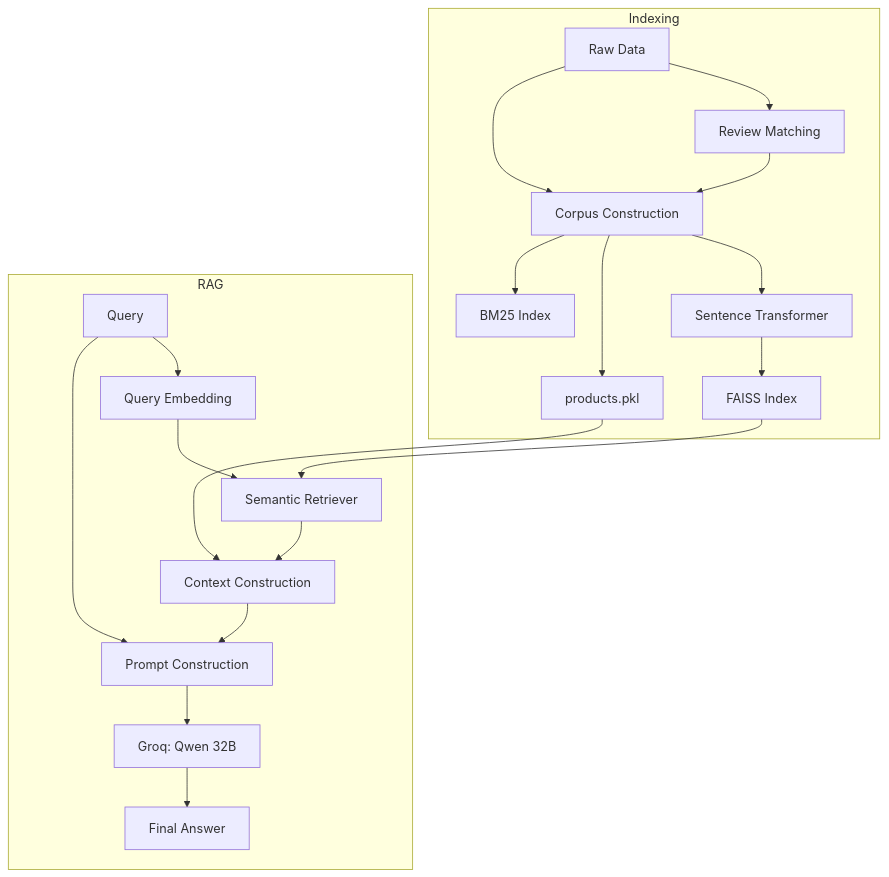
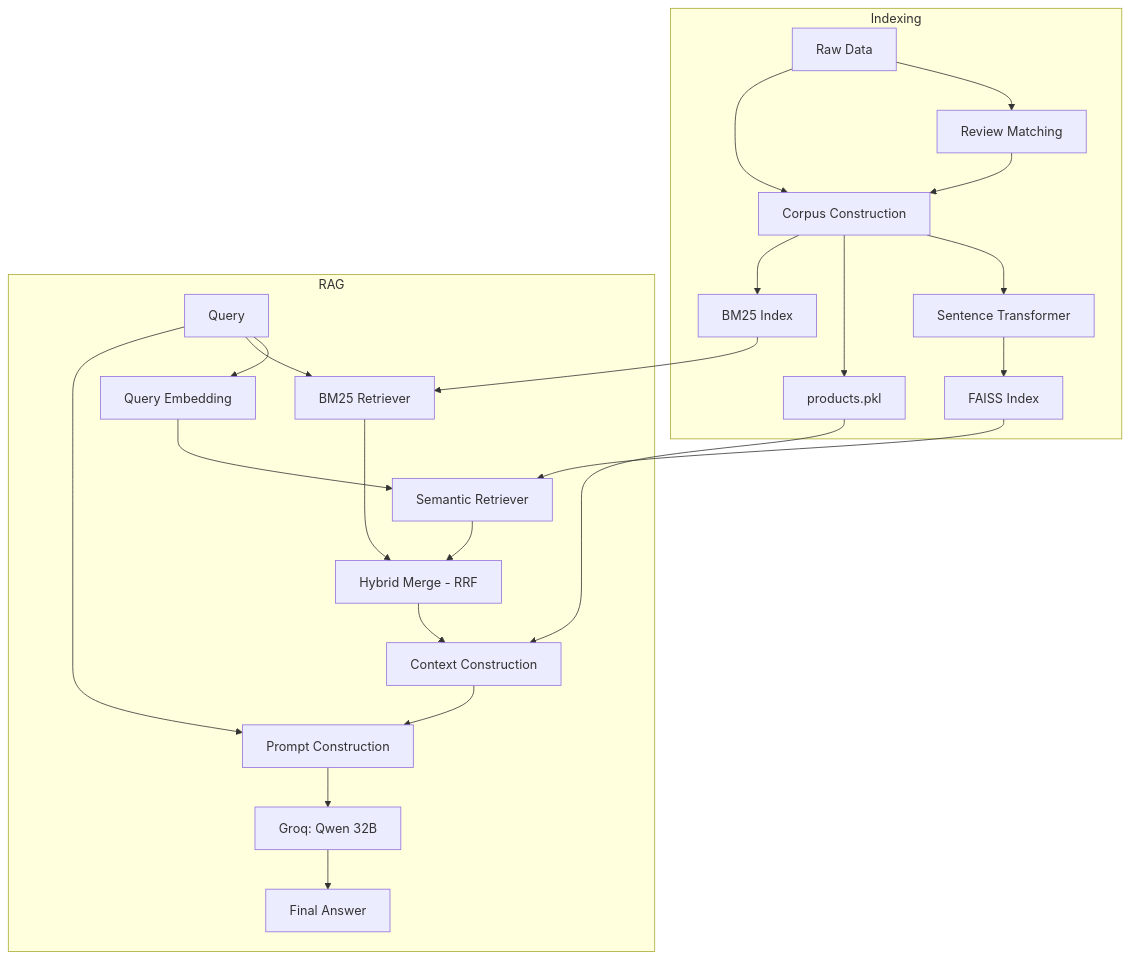
Before and after one commit to UBC-MDS/DSCI_575_project_tyin98_danieljy: the diagram in README.md, drawn with Mermaid.

Commit message:
updating mermaid flowchart

````diff
--- a/README.md
+++ b/README.md
@@ -67,25 +67,29 @@
 ```mermaid
 graph TD
     subgraph Indexing ["Indexing"]
         RawData[Raw Data] --> ReviewMatch[Review Matching]
-        ReviewMatch -->Corpus[Corpus Construction]
+        ReviewMatch --> Corpus[Corpus Construction]
         RawData --> Corpus
-        Corpus -->Transformer[Sentence Transformer]
-        Transformer -->FAISS[FAISS Index]
-        Corpus -->Products[products.pkl]
-        Corpus -->BM25[BM25 Index]
+        Corpus --> Transformer[Sentence Transformer]
+        Transformer --> FAISS[FAISS Index]
+        Corpus --> Products[products.pkl]
+        Corpus --> BM25[BM25 Index]
     end
 
     subgraph RAG ["RAG"]
         Query[Query] --> TransformerQ[Query Embedding]
-        TransformerQ -->Retriever[Semantic Retriever]
-        Retriever -->Context[Context Construction]
+        TransformerQ --> SemanticRetriever[Semantic Retriever]
+        Query --> BM25Retriever[BM25 Retriever]
+        SemanticRetriever --> RRF[Hybrid Merge - RRF]
+        BM25Retriever --> RRF
+        RRF --> Context[Context Construction]
         Products --> Context
-        Context -->Prompt[Prompt Construction]
+        Context --> Prompt[Prompt Construction]
         Query --> Prompt
-        Prompt -->LLM[Groq: Qwen 32B]
+        Prompt --> LLM[Groq: Qwen 32B]
         LLM --> Response[Final Answer]
     end
 
-    FAISS --> Retriever
+    FAISS --> SemanticRetriever
+    BM25 --> BM25Retriever
 ```
````
